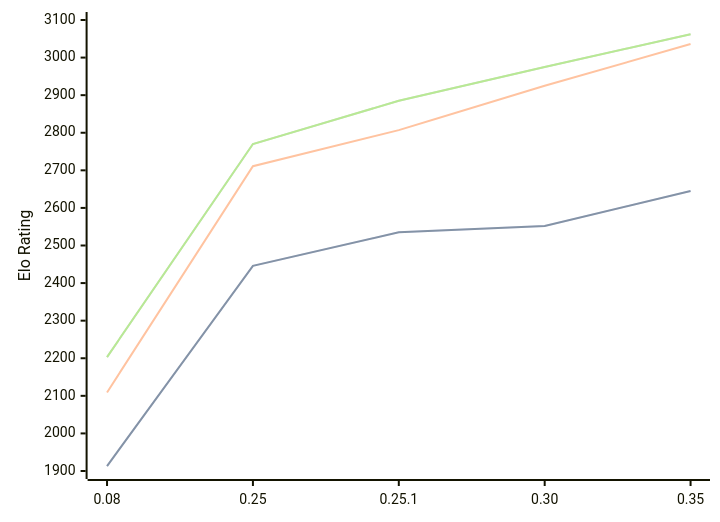
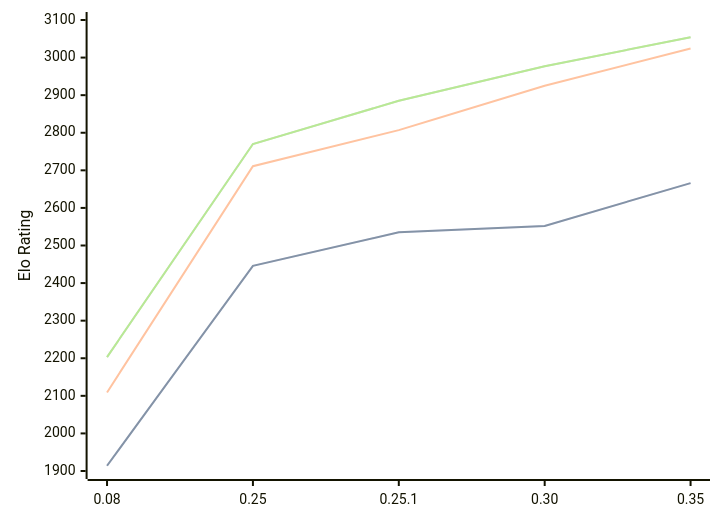
The diagram in engines/Gecko.md (computer-chess-index/cci), drawn with Mermaid before and after one commit. The commit also changed other lines of this file, not shown here.

Commit message:
Update CCI Ratings (ELO VLTC) - 2026-05-15

````diff
--- a/engines/Gecko.md
+++ b/engines/Gecko.md
@@ -35,11 +35,11 @@
 ```mermaid
 %%{init: {"theme":"base","themeVariables":{"seriesColors:['#a3a3a3','#222221','#faa371']}}}%%
 xychart-beta
   x-axis ["0.08", "0.25", "0.25.1", "0.30", "0.35"]
   y-axis "Elo Rating" 1900 --> 3100
-  line "STC (8.0+0.08s)" [1913, 2446, 2535, 2552, 2645]
-  line "STC (8.0+0.08s)" [1913, 2446, 2535, 2552, 2645]
-  line "LTC (60.0+0.60s)" [2109, 2711, 2807, 2925, 3036]
-  line "VLTC (2m24s+1.12s)" [2203, 2770, 2885, 2975, 3062]
-  line "VLTC (2m24s+1.12s)" [2203, 2770, 2885, 2975, 3062]
+  line "STC (8.0+0.08s)" [1914, 2446, 2535, 2552, 2666]
+  line "STC (8.0+0.08s)" [1914, 2446, 2535, 2552, 2666]
+  line "LTC (60.0+0.60s)" [2109, 2711, 2807, 2925, 3024]
+  line "VLTC (2m24s+1.12s)" [2203, 2770, 2885, 2977, 3054]
+  line "VLTC (2m24s+1.12s)" [2203, 2770, 2885, 2977, 3054]
 ```
````
